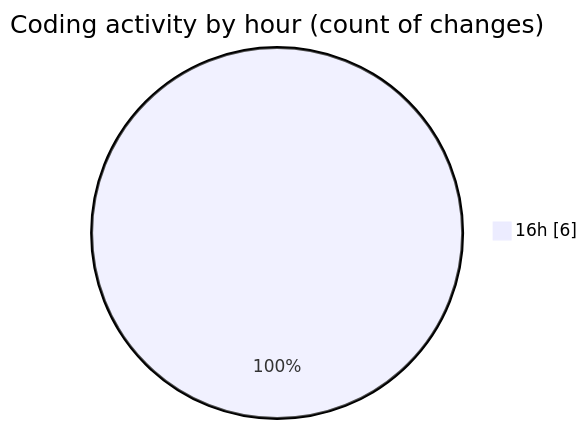
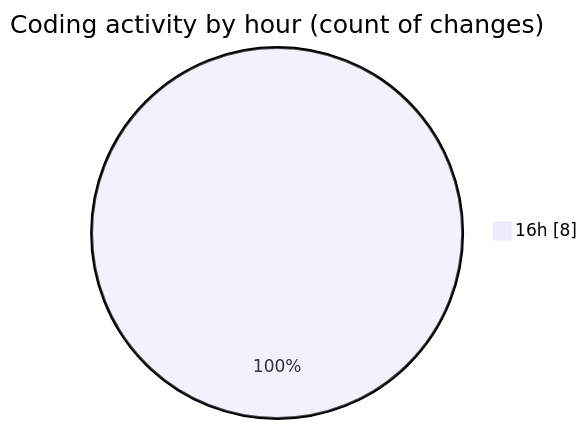
Before and after one commit to robertbonfada/code-tracking: the second of 2 diagrams in 2025-05-20/mbc-web/README.md, drawn with Mermaid. The commit also changed other lines of this file and 1 other file, not shown here.

````diff
--- a/2025-05-20/mbc-web/README.md
+++ b/2025-05-20/mbc-web/README.md
@@ -31,5 +32,5 @@
 ```mermaid
 pie showData
 title Coding activity by hour (count of changes)
-"16h" : 6
+"16h" : 8
 ```
````
